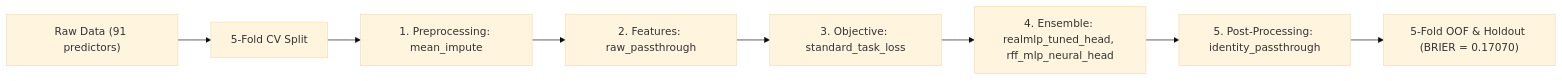
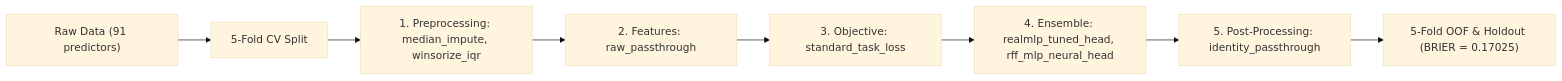
Before and after one commit to stefanoclss/March-Machine-Learning-Mania-2026: the diagram in README.md, drawn with Mermaid (base theme). The commit also changed other lines of this file, not shown here.

First line of the commit message:
docs(readme): refresh verified OOF benchmark & build ledger (BRIER=0.17025)

````diff
--- a/README.md
+++ b/README.md
@@ -70,10 +71,10 @@
 ```mermaid
 flowchart LR
     DATA["Raw Data (91 predictors)"] --> SPLIT["5-Fold CV Split"]
-    SPLIT --> PRE["1. Preprocessing: mean_impute"]
+    SPLIT --> PRE["1. Preprocessing: median_impute, winsorize_iqr"]
     PRE --> FEAT["2. Features: raw_passthrough"]
     FEAT --> OBJ["3. Objective: standard_task_loss"]
     OBJ --> M0["4. Ensemble: realmlp_tuned_head, rff_mlp_neural_head"]
     M0 --> POST["5. Post-Processing: identity_passthrough"]
-    POST --> OUT["5-Fold OOF & Holdout (BRIER = 0.17070)"]
+    POST --> OUT["5-Fold OOF & Holdout (BRIER = 0.17025)"]
 ```
````
